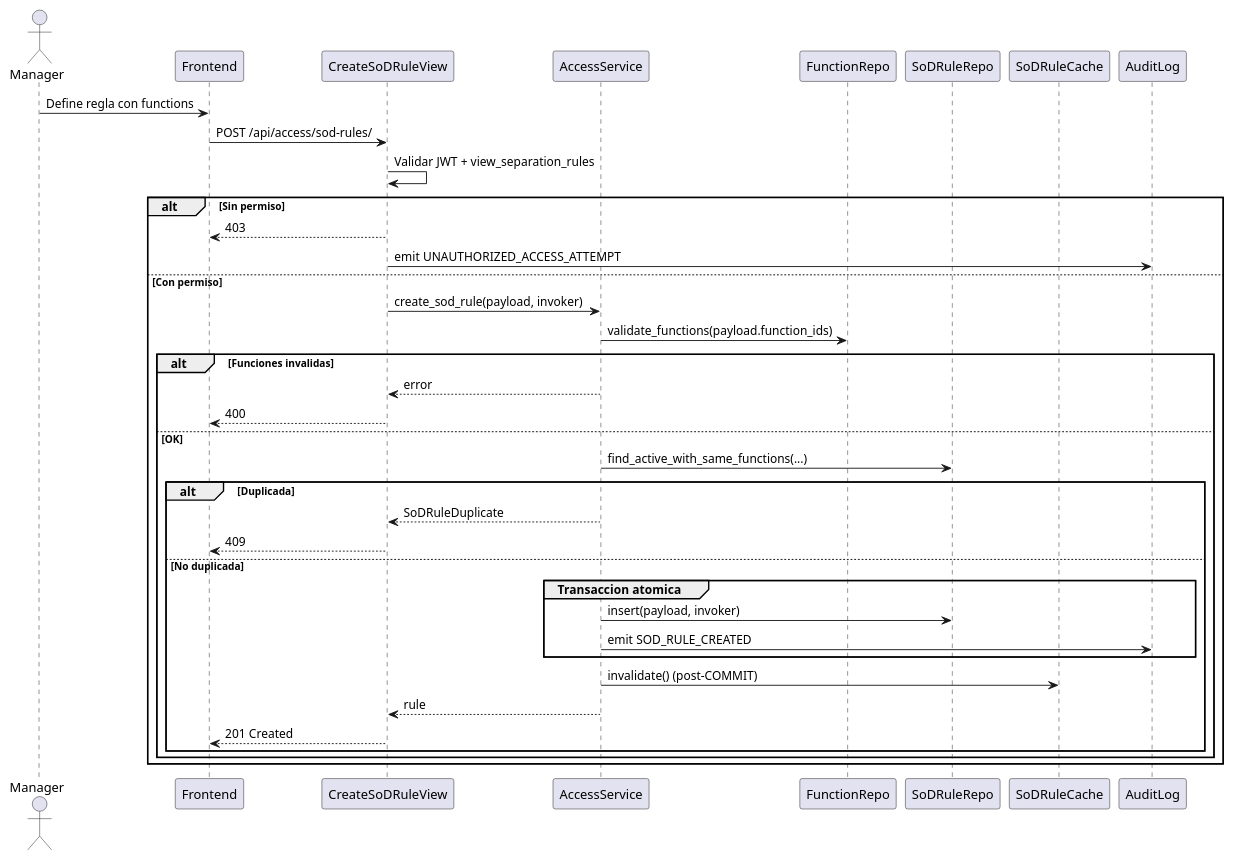
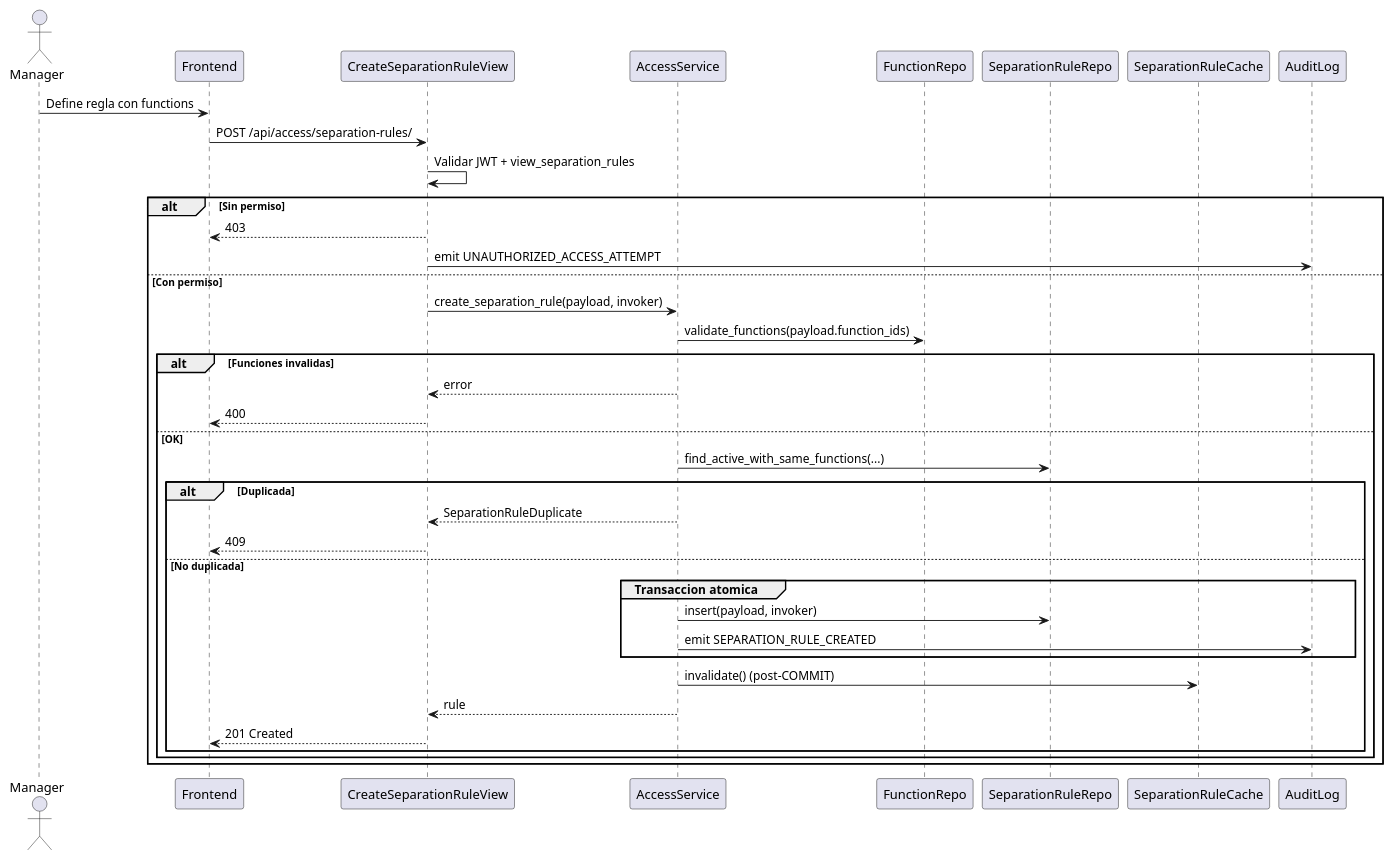
Before and after one commit to jcg-admin/IACT-docs: the diagram in source/requisitos/casos-uso/access/uc-acc-05/diagramas-uml/diagrama-de-secuencia-crear-regla.rst, drawn with PlantUML.

Commit message:
Rename sod-rules and SoD identifiers in uc-acc-05 secuencia-crear-regla
T-007: comprehensive rename in plantuml block:
- /api/access/sod-rules/ -> /api/access/separation-rules/
- CreateSoDRuleView -> CreateSeparationRuleView
- SoDRuleRepo -> SeparationRuleRepo
- SoDRuleCache -> SeparationRuleCache
- SoDRuleDuplicate -> SeparationRuleDuplicate
- create_sod_rule() -> create_separation_rule()
- SOD_RULE_CREATED -> SEPARATION_RULE_CREATED

These are backend code identifiers (classes, methods, events),
not opaque RBAC tokens — must be aligned with backend A-001/A-002.

Refs: T-007, A-001, A-002, A-003

```diff
--- a/source/requisitos/casos-uso/access/uc-acc-05/diagramas-uml/diagrama-de-secuencia-crear-regla.rst
+++ b/source/requisitos/casos-uso/access/uc-acc-05/diagramas-uml/diagrama-de-secuencia-crear-regla.rst
@@ -4,45 +4,45 @@
 .. uml::
  :caption: UC_ACC_05 sub-flujo 3.B
 
  @startuml
 
  actor Manager as Manager
  participant "Frontend" as Frontend
- participant "CreateSoDRuleView" as Createsodruleview
+ participant "CreateSeparationRuleView" as Createseparationruleview
  participant "AccessService" as Accessservice
  participant "FunctionRepo" as Functionrepo
- participant "SoDRuleRepo" as Sodrulerepo
- participant "SoDRuleCache" as Sodrulecache
+ participant "SeparationRuleRepo" as Separationrulerepo
+ participant "SeparationRuleCache" as Separationrulecache
  participant "AuditLog" as Auditlog
 
  Manager -> Frontend: Define regla con functions
- Frontend -> Createsodruleview: POST /api/access/sod-rules/
+ Frontend -> Createseparationruleview: POST /api/access/separation-rules/
 
- Createsodruleview -> Createsodruleview: Validar JWT + view_separation_rules
+ Createseparationruleview -> Createseparationruleview: Validar JWT + view_separation_rules
  alt Sin permiso
-   Createsodruleview --> Frontend: 403
-   Createsodruleview -> Auditlog: emit UNAUTHORIZED_ACCESS_ATTEMPT
+   Createseparationruleview --> Frontend: 403
+   Createseparationruleview -> Auditlog: emit UNAUTHORIZED_ACCESS_ATTEMPT
  else Con permiso
-   Createsodruleview -> Accessservice: create_sod_rule(payload, invoker)
+   Createseparationruleview -> Accessservice: create_separation_rule(payload, invoker)
    Accessservice -> Functionrepo: validate_functions(payload.function_ids)
    alt Funciones invalidas
-     Accessservice --> Createsodruleview: error
-     Createsodruleview --> Frontend: 400
+     Accessservice --> Createseparationruleview: error
+     Createseparationruleview --> Frontend: 400
    else OK
-     Accessservice -> Sodrulerepo: find_active_with_same_functions(...)
+     Accessservice -> Separationrulerepo: find_active_with_same_functions(...)
      alt Duplicada
-       Accessservice --> Createsodruleview: SoDRuleDuplicate
-       Createsodruleview --> Frontend: 409
+       Accessservice --> Createseparationruleview: SeparationRuleDuplicate
+       Createseparationruleview --> Frontend: 409
      else No duplicada
        group Transaccion atomica
-         Accessservice -> Sodrulerepo: insert(payload, invoker)
-         Accessservice -> Auditlog: emit SOD_RULE_CREATED
+         Accessservice -> Separationrulerepo: insert(payload, invoker)
+         Accessservice -> Auditlog: emit SEPARATION_RULE_CREATED
        end
-       Accessservice -> Sodrulecache: invalidate() (post-COMMIT)
-       Accessservice --> Createsodruleview: rule
-       Createsodruleview --> Frontend: 201 Created
+       Accessservice -> Separationrulecache: invalidate() (post-COMMIT)
+       Accessservice --> Createseparationruleview: rule
+       Createseparationruleview --> Frontend: 201 Created
      end
    end
  end
 
  @enduml
```
